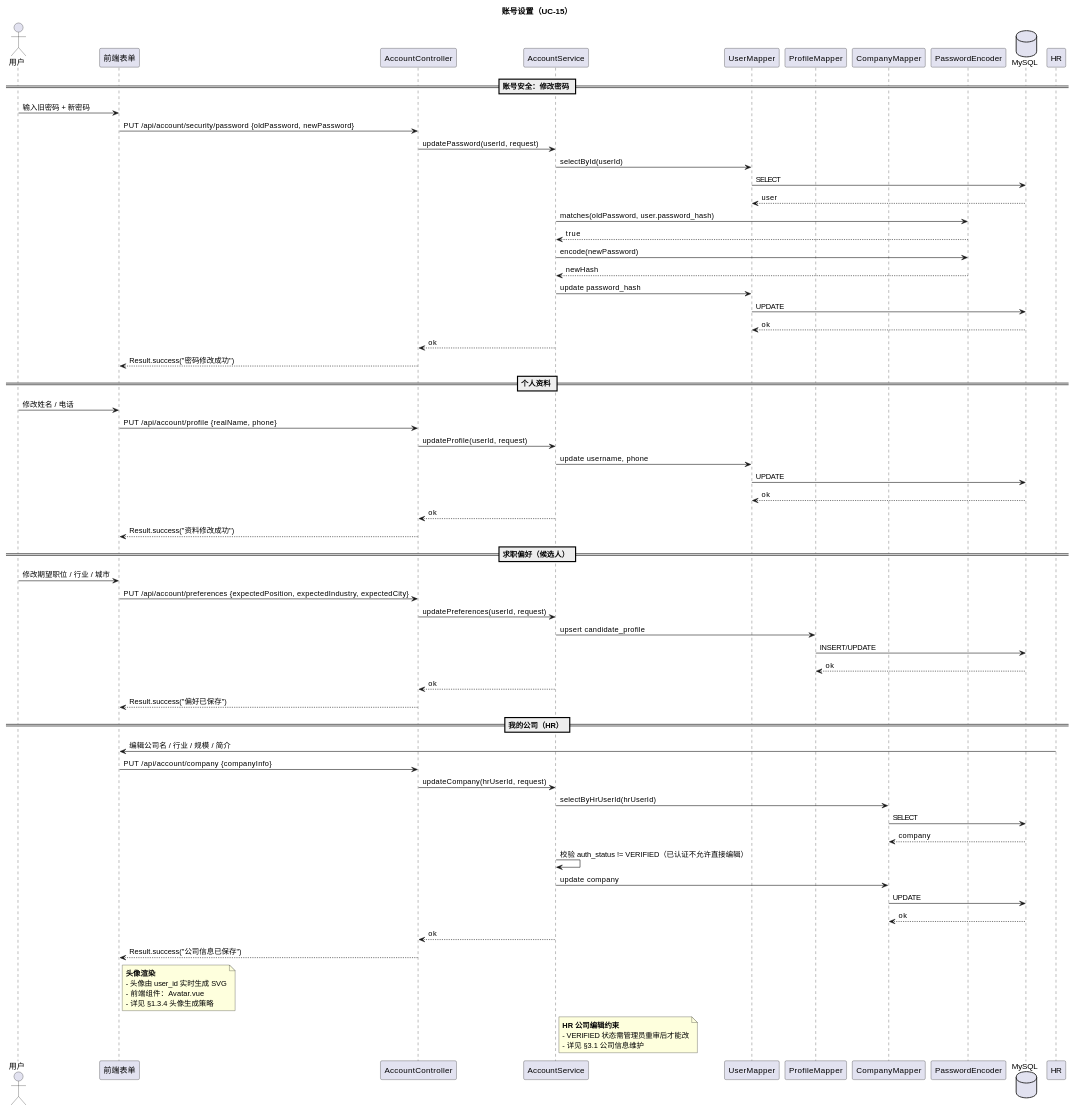
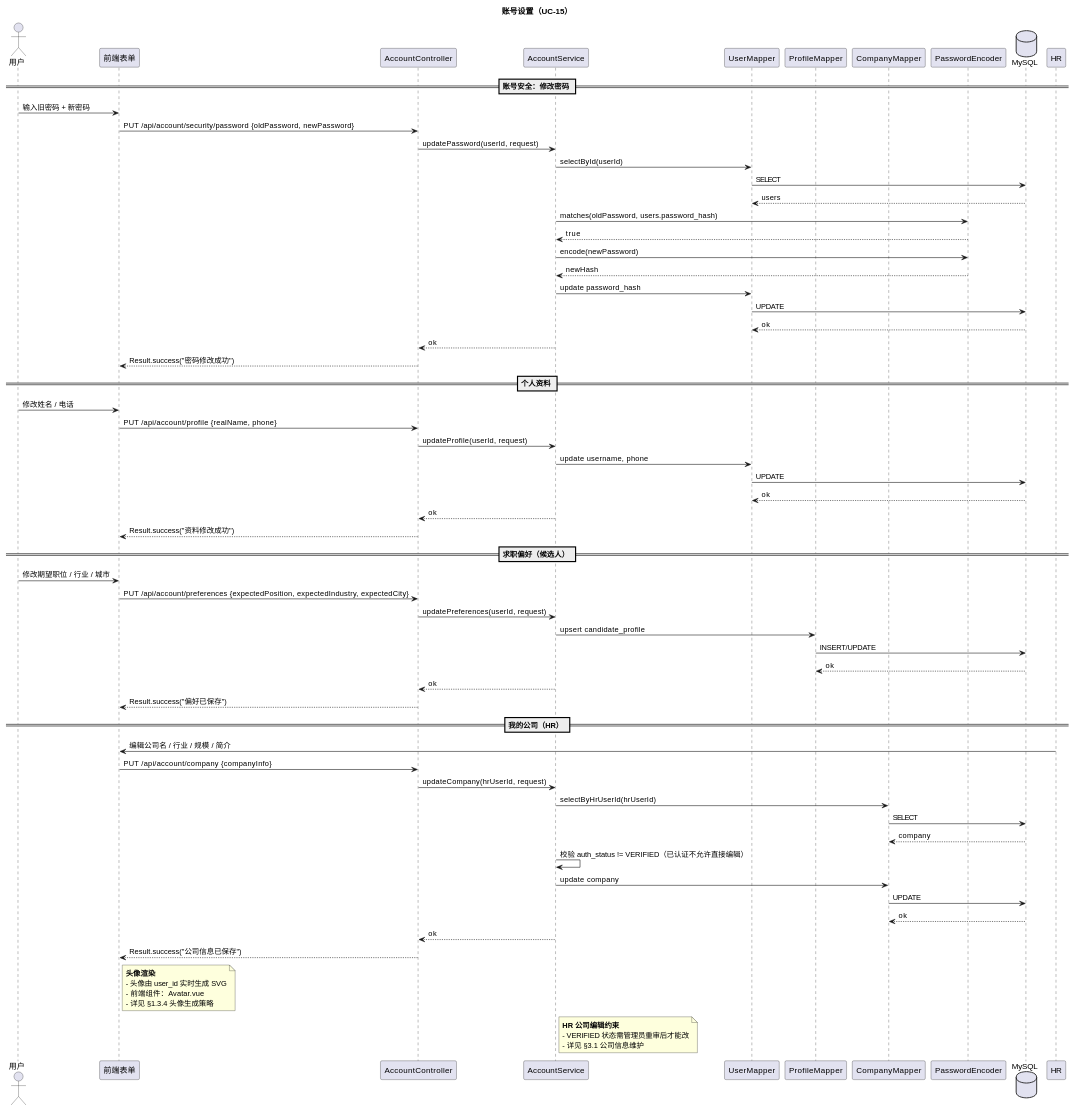
The fourth of 4 diagrams in docs/系统设计/详细设计/用户与认证.md (wendy-zw-yang/recruitment_system), drawn with PlantUML before and after one commit. The commit also changed other lines of this file and 166 other files, not shown here.

````diff
--- a/docs/系统设计/详细设计/用户与认证.md
+++ b/docs/系统设计/详细设计/用户与认证.md
@@ -286,80 +286,80 @@
 ```plantuml
 @startuml
 title 账号设置（UC-15）
 
 actor 用户
 participant "前端表单" as FE
 participant "AccountController" as Ctl
 participant "AccountService" as Svc
 participant "UserMapper" as UM
 participant "ProfileMapper" as PM
 participant "CompanyMapper" as CM
 participant "PasswordEncoder" as PE
 database "MySQL" as DB
 
 == 账号安全：修改密码 ==
 用户 -> FE: 输入旧密码 + 新密码
 FE -> Ctl: PUT /api/account/security/password {oldPassword, newPassword}
 Ctl -> Svc: updatePassword(userId, request)
 Svc -> UM: selectById(userId)
 UM -> DB: SELECT
-DB --> UM: user
-Svc -> PE: matches(oldPassword, user.password_hash)
+DB --> UM: users
+Svc -> PE: matches(oldPassword, users.password_hash)
 PE --> Svc: true
 Svc -> PE: encode(newPassword)
 PE --> Svc: newHash
 Svc -> UM: update password_hash
 UM -> DB: UPDATE
 DB --> UM: ok
 Svc --> Ctl: ok
 Ctl --> FE: Result.success("密码修改成功")
 
 == 个人资料 ==
 用户 -> FE: 修改姓名 / 电话
 FE -> Ctl: PUT /api/account/profile {realName, phone}
 Ctl -> Svc: updateProfile(userId, request)
 Svc -> UM: update username, phone
 UM -> DB: UPDATE
 DB --> UM: ok
 Svc --> Ctl: ok
 Ctl --> FE: Result.success("资料修改成功")
 
 == 求职偏好（候选人） ==
 用户 -> FE: 修改期望职位 / 行业 / 城市
 FE -> Ctl: PUT /api/account/preferences {expectedPosition, expectedIndustry, expectedCity}
 Ctl -> Svc: updatePreferences(userId, request)
 Svc -> PM: upsert candidate_profile
 PM -> DB: INSERT/UPDATE
 DB --> PM: ok
 Svc --> Ctl: ok
 Ctl --> FE: Result.success("偏好已保存")
 
 == 我的公司（HR） ==
 HR -> FE: 编辑公司名 / 行业 / 规模 / 简介
 FE -> Ctl: PUT /api/account/company {companyInfo}
 Ctl -> Svc: updateCompany(hrUserId, request)
 Svc -> CM: selectByHrUserId(hrUserId)
 CM -> DB: SELECT
 DB --> CM: company
 Svc -> Svc: 校验 auth_status != VERIFIED（已认证不允许直接编辑）
 Svc -> CM: update company
 CM -> DB: UPDATE
 DB --> CM: ok
 Svc --> Ctl: ok
 Ctl --> FE: Result.success("公司信息已保存")
 
 note right of FE
   **头像渲染**
   - 头像由 user_id 实时生成 SVG
   - 前端组件：Avatar.vue
   - 详见 §1.3.4 头像生成策略
 end note
 
 note right of Svc
   **HR 公司编辑约束**
   - VERIFIED 状态需管理员重审后才能改
   - 详见 §3.1 公司信息维护
 end note
 
 @enduml
 ```
````
